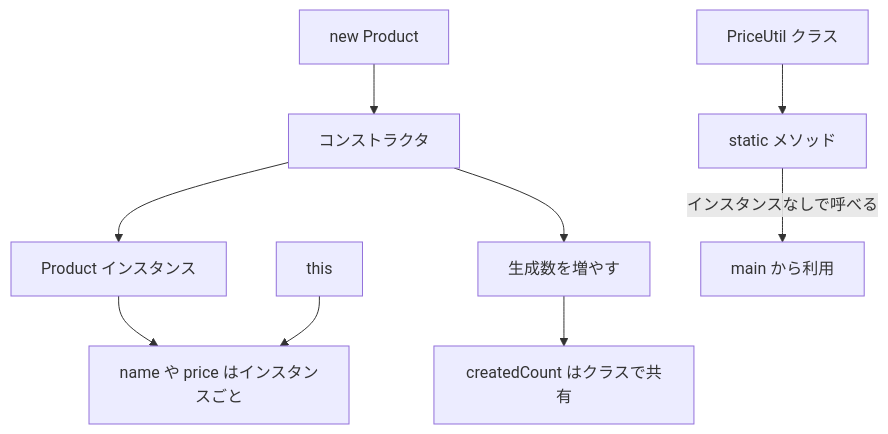
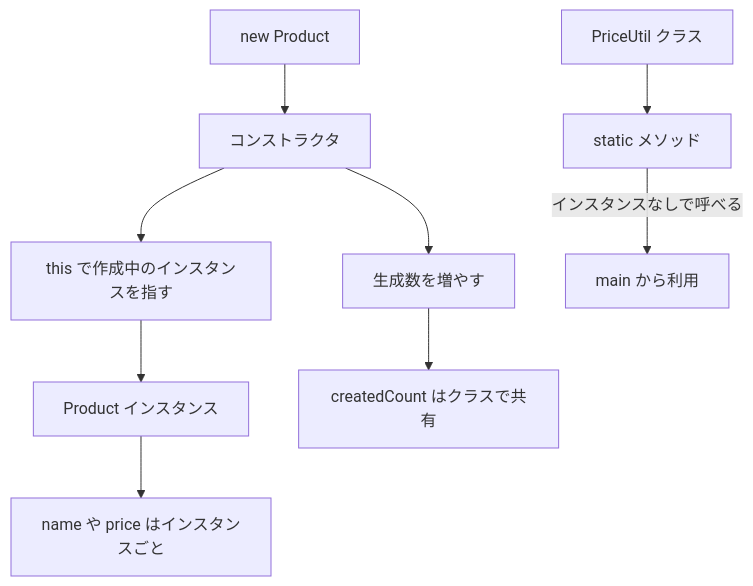
The first of 2 diagrams in docs/curriculum/java/java-handson/java-11-class-mechanisms.md (kiyomiya38/order-management-springboot), drawn with Mermaid before and after one commit. The commit also changed other lines of this file and 82 other files, not shown here.

````diff
--- a/docs/curriculum/java/java-handson/java-11-class-mechanisms.md
+++ b/docs/curriculum/java/java-handson/java-11-class-mechanisms.md
@@ -29,12 +31,12 @@
 ```mermaid
 flowchart TD
   NEW["new Product"] --> CTOR["コンストラクタ"]
-  CTOR --> OBJ["Product インスタンス"]
+  CTOR --> THIS["this で作成中のインスタンスを指す"]
+  THIS --> OBJ["Product インスタンス"]
   OBJ --> FIELD["name や price はインスタンスごと"]
   CTOR --> COUNT["生成数を増やす"]
   COUNT --> STATIC["createdCount はクラスで共有"]
 
-  THIS["this"] --> FIELD
   UTIL["PriceUtil クラス"] --> SMETHOD["static メソッド"]
   SMETHOD -->|インスタンスなしで呼べる| MAIN["main から利用"]
 ```
````
